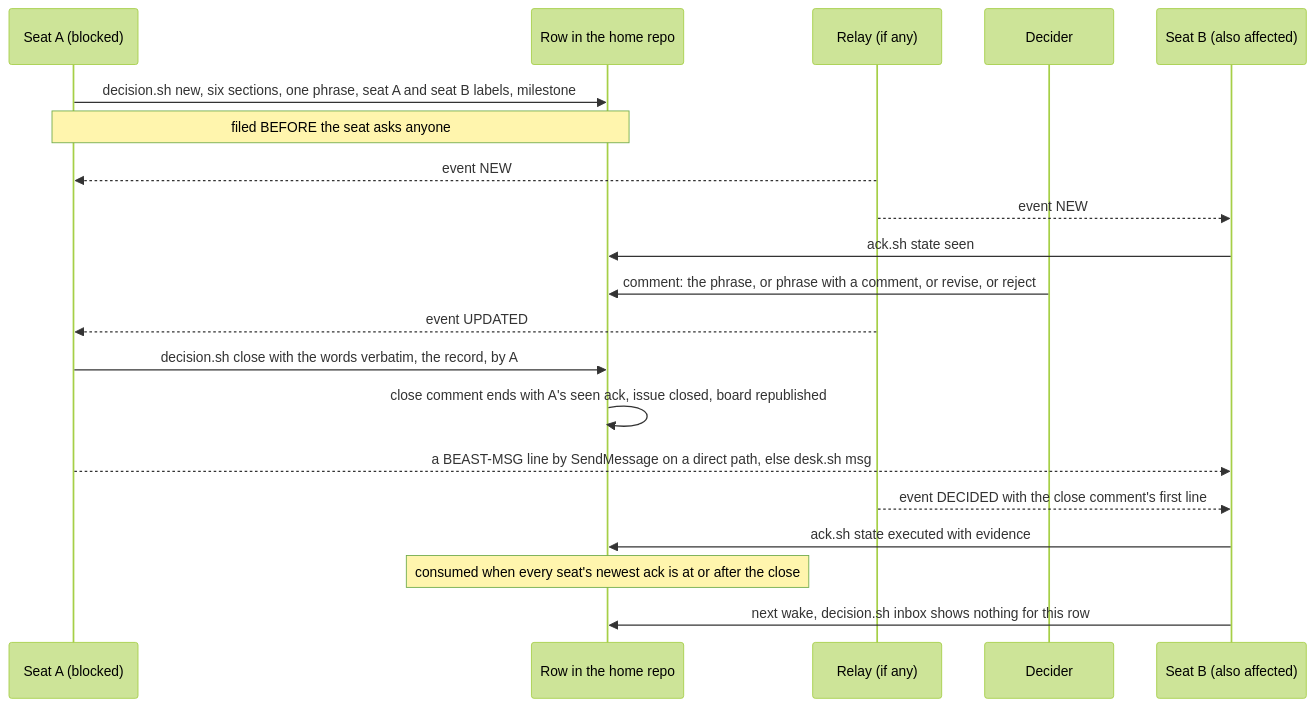
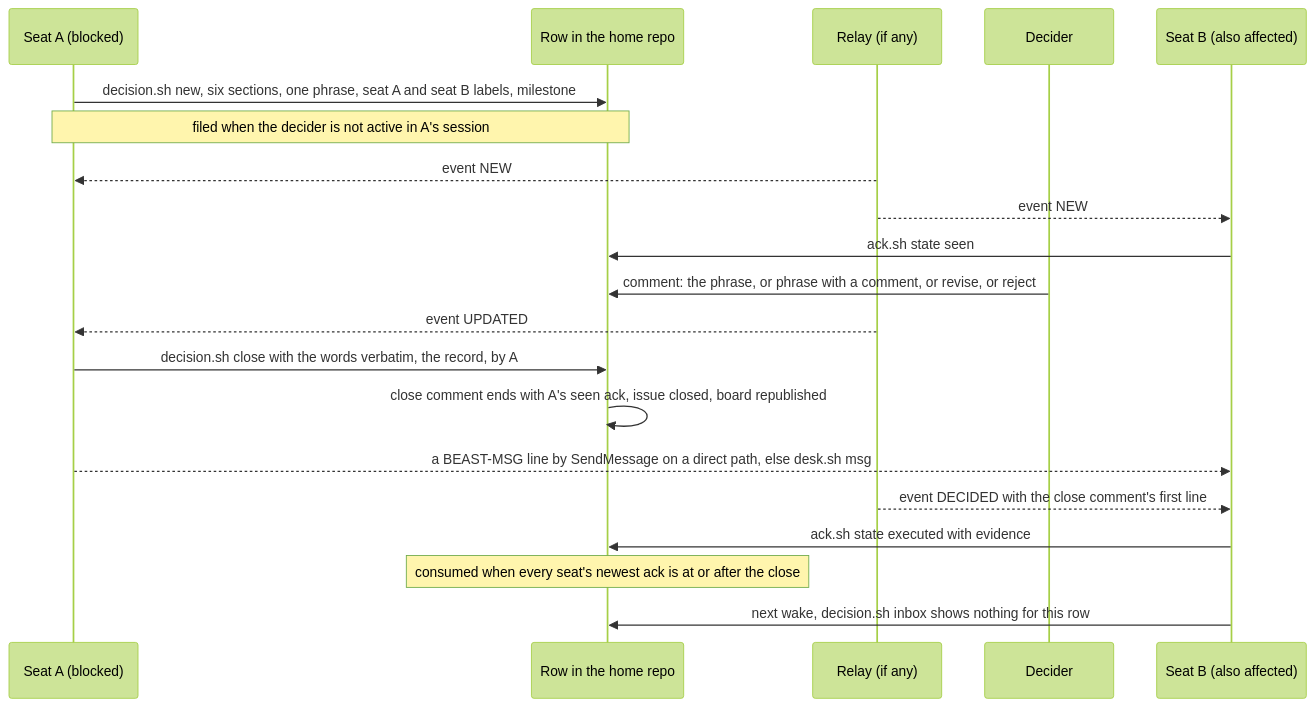
Before and after one commit to DeSciX/daita-beast: the third of 12 diagrams in docs/design/flows.md, drawn with Mermaid (forest theme). The commit also changed 11 other files, not shown here.

````diff
--- a/docs/design/flows.md
+++ b/docs/design/flows.md
@@ -99,22 +99,22 @@
 ```mermaid
 sequenceDiagram
   participant A as Seat A (blocked)
   participant G as Row in the home repo
   participant R as Relay (if any)
   participant D as Decider
   participant B as Seat B (also affected)
   A->>G: decision.sh new, six sections, one phrase, seat A and seat B labels, milestone
-  Note over A,G: filed BEFORE the seat asks anyone
+  Note over A,G: filed when the decider is not active in A's session
   R-->>A: event NEW
   R-->>B: event NEW
   B->>G: ack.sh state seen
   D->>G: comment: the phrase, or phrase with a comment, or revise, or reject
   R-->>A: event UPDATED
   A->>G: decision.sh close with the words verbatim, the record, by A
   G->>G: close comment ends with A's seen ack, issue closed, board republished
   A-->>B: a BEAST-MSG line by SendMessage on a direct path, else desk.sh msg
   R-->>B: event DECIDED with the close comment's first line
   B->>G: ack.sh state executed with evidence
   Note over G: consumed when every seat's newest ack is at or after the close
   B->>G: next wake, decision.sh inbox shows nothing for this row
 ```
````
